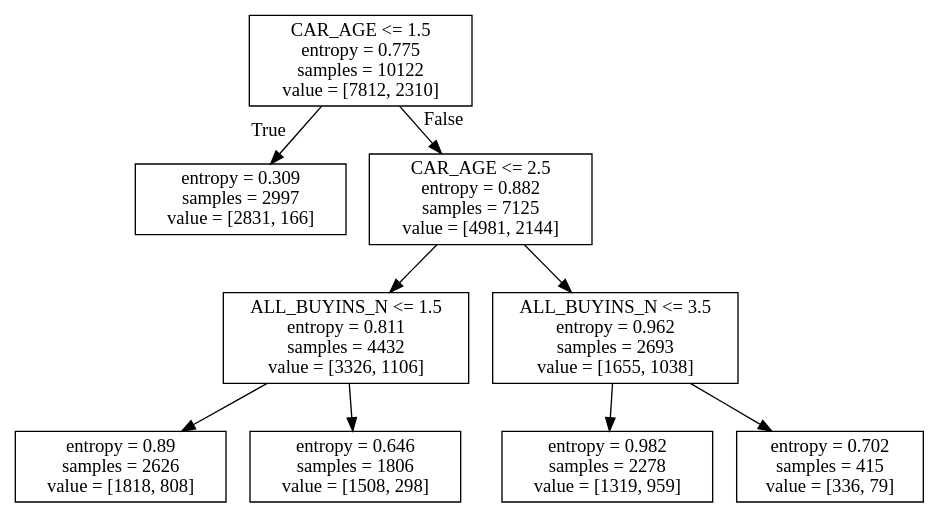
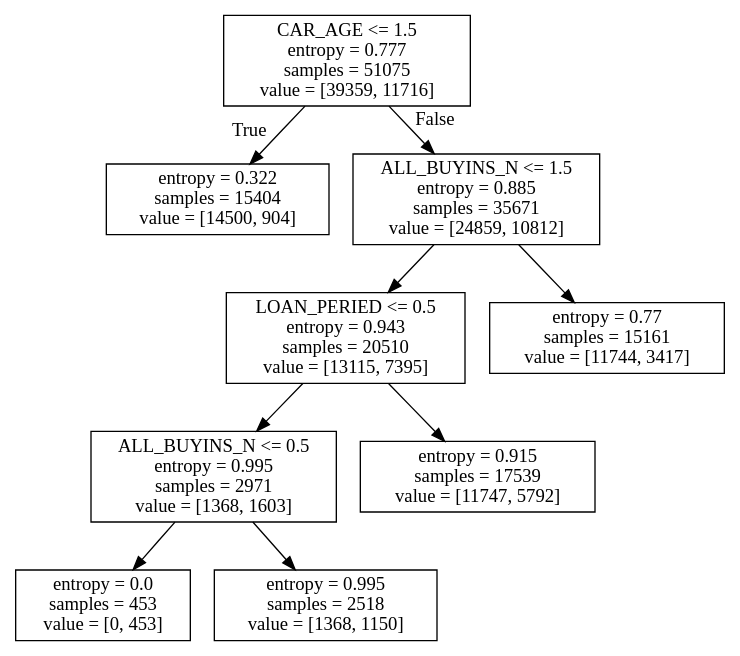
One commit to fralychen/TianchiData changed the diagram in tree.dot. Above: the diagram before and after it, drawn with Graphviz. The commit also changed 3 other files, not shown here.

```diff
--- a/tree.dot
+++ b/tree.dot
@@ -1,20 +1,20 @@
 digraph Tree {
 node [shape=box] ;
-0 [label="CAR_AGE <= 1.5\nentropy = 0.775\nsamples = 10122\nvalue = [7812, 2310]"] ;
-1 [label="entropy = 0.309\nsamples = 2997\nvalue = [2831, 166]"] ;
+0 [label="CAR_AGE <= 1.5\nentropy = 0.777\nsamples = 51075\nvalue = [39359, 11716]"] ;
+1 [label="entropy = 0.322\nsamples = 15404\nvalue = [14500, 904]"] ;
 0 -> 1 [labeldistance=2.5, labelangle=45, headlabel="True"] ;
-2 [label="CAR_AGE <= 2.5\nentropy = 0.882\nsamples = 7125\nvalue = [4981, 2144]"] ;
+2 [label="ALL_BUYINS_N <= 1.5\nentropy = 0.885\nsamples = 35671\nvalue = [24859, 10812]"] ;
 0 -> 2 [labeldistance=2.5, labelangle=-45, headlabel="False"] ;
-3 [label="ALL_BUYINS_N <= 1.5\nentropy = 0.811\nsamples = 4432\nvalue = [3326, 1106]"] ;
+3 [label="LOAN_PERIED <= 0.5\nentropy = 0.943\nsamples = 20510\nvalue = [13115, 7395]"] ;
 2 -> 3 ;
-5 [label="entropy = 0.89\nsamples = 2626\nvalue = [1818, 808]"] ;
+5 [label="ALL_BUYINS_N <= 0.5\nentropy = 0.995\nsamples = 2971\nvalue = [1368, 1603]"] ;
 3 -> 5 ;
-6 [label="entropy = 0.646\nsamples = 1806\nvalue = [1508, 298]"] ;
+7 [label="entropy = 0.0\nsamples = 453\nvalue = [0, 453]"] ;
+5 -> 7 ;
+8 [label="entropy = 0.995\nsamples = 2518\nvalue = [1368, 1150]"] ;
+5 -> 8 ;
+6 [label="entropy = 0.915\nsamples = 17539\nvalue = [11747, 5792]"] ;
 3 -> 6 ;
-4 [label="ALL_BUYINS_N <= 3.5\nentropy = 0.962\nsamples = 2693\nvalue = [1655, 1038]"] ;
+4 [label="entropy = 0.77\nsamples = 15161\nvalue = [11744, 3417]"] ;
 2 -> 4 ;
-7 [label="entropy = 0.982\nsamples = 2278\nvalue = [1319, 959]"] ;
-4 -> 7 ;
-8 [label="entropy = 0.702\nsamples = 415\nvalue = [336, 79]"] ;
-4 -> 8 ;
 }
```
